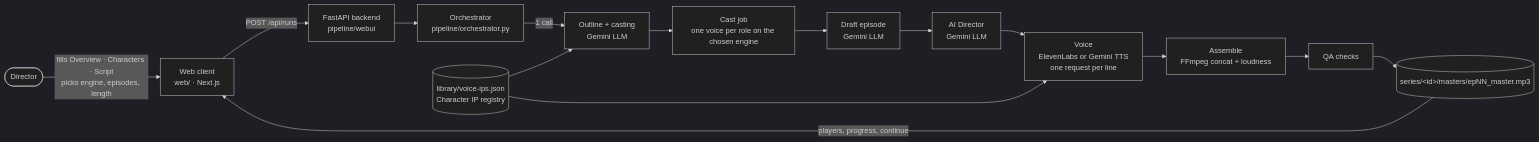
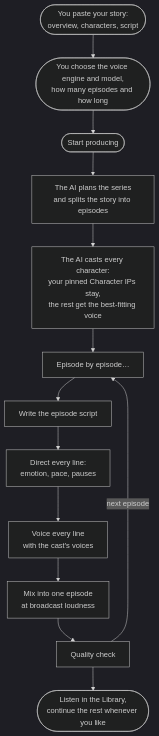
One commit to dhp-exe/ai-audio changed the first of 2 diagrams in README.md. Above: the diagram before and after it, drawn with Mermaid (dark theme). The commit also changed other lines of this file and 8 other files, not shown here.

Commit message:
refactor: update production pipeline to process episodes sequentially and remove parallel execution parameters

````diff
--- a/README.md
+++ b/README.md
@@ -43,17 +45,15 @@
 ```mermaid
-flowchart LR
-    U([Director]) -->|fills Overview · Characters · Script<br/>picks engine, episodes, length| WEB[Web client<br/>web/ · Next.js]
-    WEB -->|POST /api/runs| API[FastAPI backend<br/>pipeline/webui]
-    API --> ORCH[Orchestrator<br/>pipeline/orchestrator.py]
-    ORCH -->|1 call| OUT[Outline + casting<br/>Gemini LLM]
-    OUT --> CAST[Cast job<br/>one voice per role on the chosen engine]
-    CAST --> DRAFT[Draft episode<br/>Gemini LLM]
-    DRAFT --> DIR[AI Director<br/>Gemini LLM]
-    DIR --> TTS[Voice<br/>ElevenLabs or Gemini TTS<br/>one request per line]
-    TTS --> MIX[Assemble<br/>FFmpeg concat + loudness]
-    MIX --> QA[QA checks]
-    QA --> M[(series/&lt;id&gt;/masters/epNN_master.mp3)]
-    M -->|players, progress, continue| WEB
-    REG[(library/voice-ips.json<br/>Character IP registry)] --> OUT
-    REG --> TTS
+flowchart TD
+    A([You paste your story:<br/>overview, characters, script]) --> B([You choose the voice engine and model,<br/>how many episodes and how long])
+    B --> C([Start producing])
+    C --> D[The AI plans the series<br/>and splits the story into episodes]
+    D --> E[The AI casts every character:<br/>your pinned Character IPs stay,<br/>the rest get the best-fitting voice]
+    E --> F[Episode by episode…]
+    F --> G[Write the episode script]
+    G --> H[Direct every line:<br/>emotion, pace, pauses]
+    H --> I[Voice every line<br/>with the cast's voices]
+    I --> J[Mix into one episode<br/>at broadcast loudness]
+    J --> K[Quality check]
+    K -->|next episode| F
+    K --> L([Listen in the Library,<br/>continue the rest whenever you like])
 ```
````
